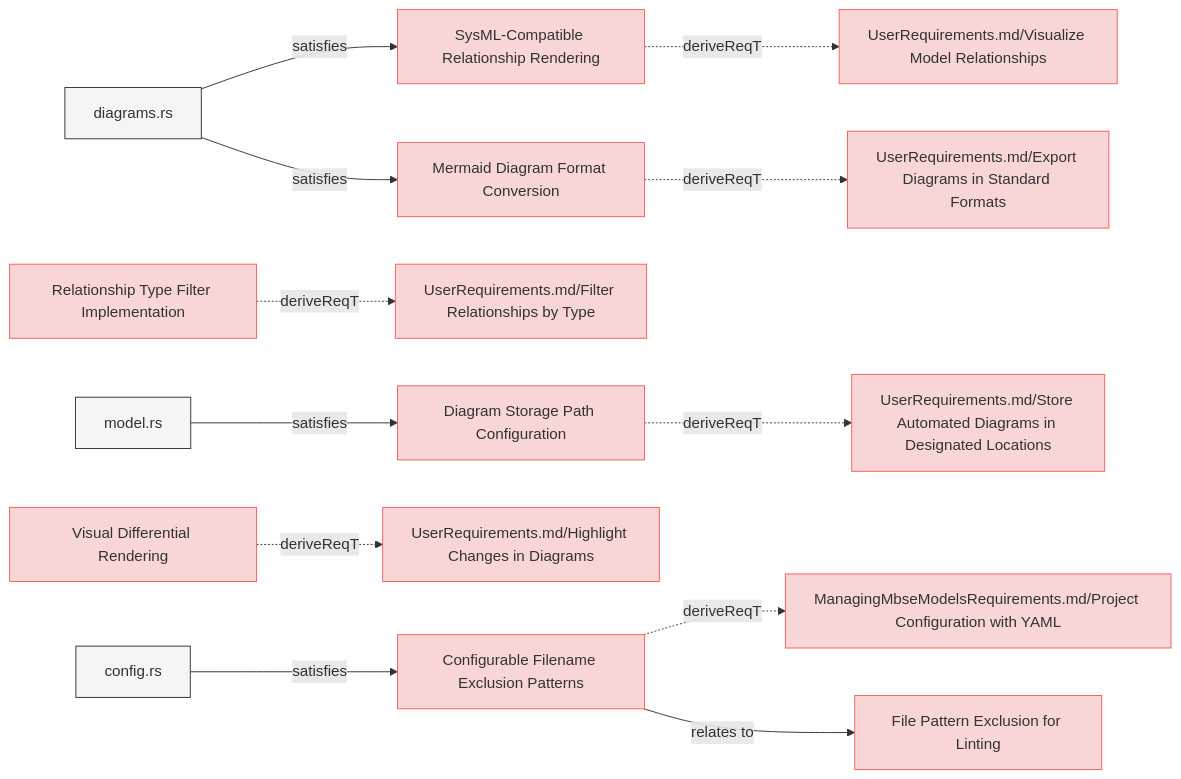
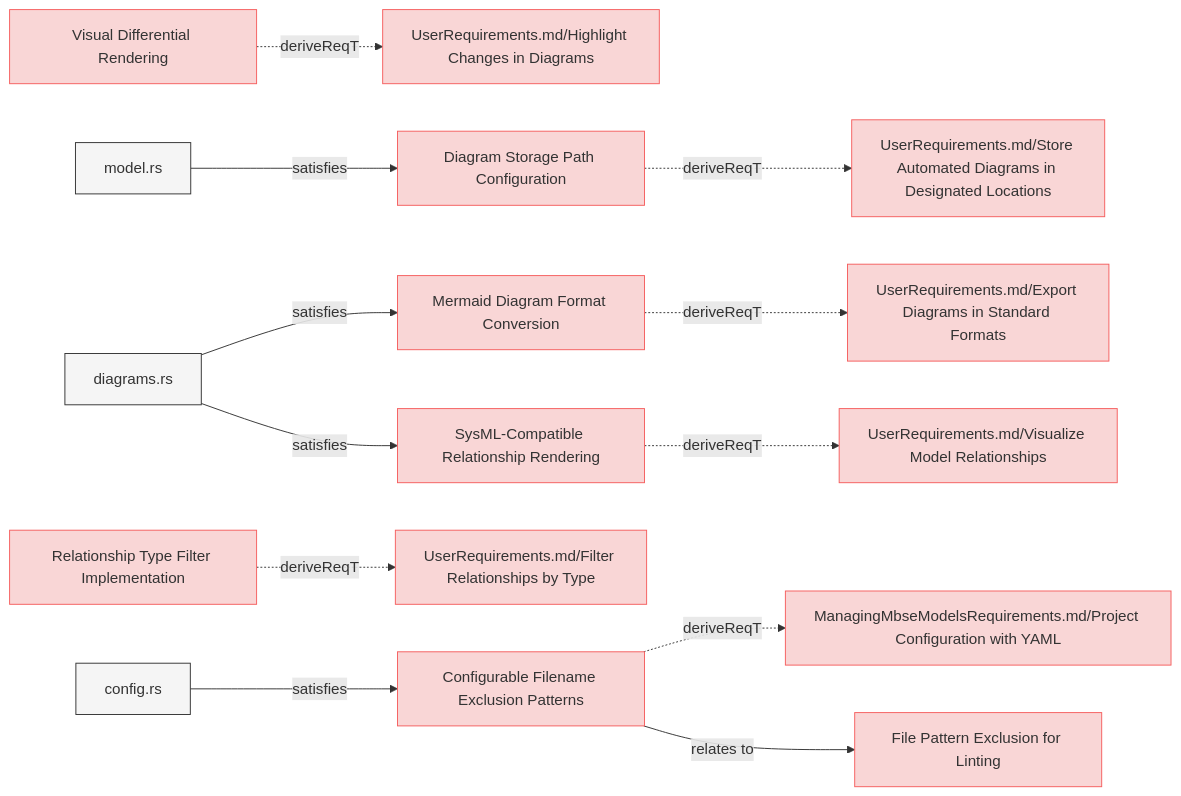
One commit to reqvire-org/reqvire changed the fifth of 8 diagrams in specifications/SystemRequirements/Requirements.md. Above: the diagram before and after it, drawn with Mermaid. The commit also changed other lines of this file and 36 other files, not shown here.

````diff
--- a/specifications/SystemRequirements/Requirements.md
+++ b/specifications/SystemRequirements/Requirements.md
@@ -569,68 +569,68 @@
 ```mermaid
 graph LR;
   %% Graph styling
   classDef requirement fill:#f9d6d6,stroke:#f55f5f,stroke-width:1px;
   classDef verification fill:#d6f9d6,stroke:#5fd75f,stroke-width:1px;
   classDef externalLink fill:#d0e0ff,stroke:#3080ff,stroke-width:1px;
   classDef default fill:#f5f5f5,stroke:#333333,stroke-width:1px;
 
-  c826c1ee7c["SysML-Compatible Relationship Rendering"];
-  click c826c1ee7c "Requirements.md#sysml-compatible-relationship-rendering";
-  class c826c1ee7c requirement;
-  a6a8362836["UserRequirements.md/Visualize Model Relationships"];
-  class a6a8362836 requirement;
-  click a6a8362836 "../UserRequirements.md#visualize-model-relationships";
-  c826c1ee7c -.->|deriveReqT| a6a8362836;
-  d4240e2969["diagrams.rs"];
-  class d4240e2969 default;
-  click d4240e2969 "../../core/src/diagrams.rs";
-  d4240e2969 -->|satisfies| c826c1ee7c;
-  1414e7f889["Relationship Type Filter Implementation"];
-  click 1414e7f889 "Requirements.md#relationship-type-filter-implementation";
-  class 1414e7f889 requirement;
-  30d97803eb["UserRequirements.md/Filter Relationships by Type"];
-  class 30d97803eb requirement;
-  click 30d97803eb "../UserRequirements.md#filter-relationships-by-type";
-  1414e7f889 -.->|deriveReqT| 30d97803eb;
+  9860815d52["Visual Differential Rendering"];
+  click 9860815d52 "Requirements.md#visual-differential-rendering";
+  class 9860815d52 requirement;
+  fd7388e379["UserRequirements.md/Highlight Changes in Diagrams"];
+  class fd7388e379 requirement;
+  click fd7388e379 "../UserRequirements.md#highlight-changes-in-diagrams";
+  9860815d52 -.->|deriveReqT| fd7388e379;
   191d27287e["Diagram Storage Path Configuration"];
   click 191d27287e "Requirements.md#diagram-storage-path-configuration";
   class 191d27287e requirement;
   aee397f35b["UserRequirements.md/Store Automated Diagrams in Designated Locations"];
   class aee397f35b requirement;
   click aee397f35b "../UserRequirements.md#store-automated-diagrams-in-designated-locations";
   191d27287e -.->|deriveReqT| aee397f35b;
   6136c216c9["model.rs"];
   class 6136c216c9 default;
   click 6136c216c9 "../../core/src/model.rs";
   6136c216c9 -->|satisfies| 191d27287e;
   a7ec66314a["Mermaid Diagram Format Conversion"];
   click a7ec66314a "Requirements.md#mermaid-diagram-format-conversion";
   class a7ec66314a requirement;
   10c00a1bd1["UserRequirements.md/Export Diagrams in Standard Formats"];
   class 10c00a1bd1 requirement;
   click 10c00a1bd1 "../UserRequirements.md#export-diagrams-in-standard-formats";
   a7ec66314a -.->|deriveReqT| 10c00a1bd1;
+  d4240e2969["diagrams.rs"];
+  class d4240e2969 default;
+  click d4240e2969 "../../core/src/diagrams.rs";
   d4240e2969 -->|satisfies| a7ec66314a;
-  9860815d52["Visual Differential Rendering"];
-  click 9860815d52 "Requirements.md#visual-differential-rendering";
-  class 9860815d52 requirement;
-  fd7388e379["UserRequirements.md/Highlight Changes in Diagrams"];
-  class fd7388e379 requirement;
-  click fd7388e379 "../UserRequirements.md#highlight-changes-in-diagrams";
-  9860815d52 -.->|deriveReqT| fd7388e379;
+  1414e7f889["Relationship Type Filter Implementation"];
+  click 1414e7f889 "Requirements.md#relationship-type-filter-implementation";
+  class 1414e7f889 requirement;
+  30d97803eb["UserRequirements.md/Filter Relationships by Type"];
+  class 30d97803eb requirement;
+  click 30d97803eb "../UserRequirements.md#filter-relationships-by-type";
+  1414e7f889 -.->|deriveReqT| 30d97803eb;
   cc8128cae3["Configurable Filename Exclusion Patterns"];
   click cc8128cae3 "Requirements.md#configurable-filename-exclusion-patterns";
   class cc8128cae3 requirement;
   ce24dbacb9["ManagingMbseModelsRequirements.md/Project Configuration with YAML"];
   class ce24dbacb9 requirement;
   click ce24dbacb9 "../ManagingMbseModelsRequirements.md#project-configuration-with-yaml";
   cc8128cae3 -.->|deriveReqT| ce24dbacb9;
   c87fb8d32a["config.rs"];
   class c87fb8d32a default;
   click c87fb8d32a "../../cli/src/config.rs";
   c87fb8d32a -->|satisfies| cc8128cae3;
   45770e9b31["File Pattern Exclusion for Linting"];
   class 45770e9b31 requirement;
   click 45770e9b31 "Requirements.md#file-pattern-exclusion-for-linting";
   cc8128cae3 -->|relates to| 45770e9b31;
+  c826c1ee7c["SysML-Compatible Relationship Rendering"];
+  click c826c1ee7c "Requirements.md#sysml-compatible-relationship-rendering";
+  class c826c1ee7c requirement;
+  a6a8362836["UserRequirements.md/Visualize Model Relationships"];
+  class a6a8362836 requirement;
+  click a6a8362836 "../UserRequirements.md#visualize-model-relationships";
+  c826c1ee7c -.->|deriveReqT| a6a8362836;
+  d4240e2969 -->|satisfies| c826c1ee7c;
 ```
````
